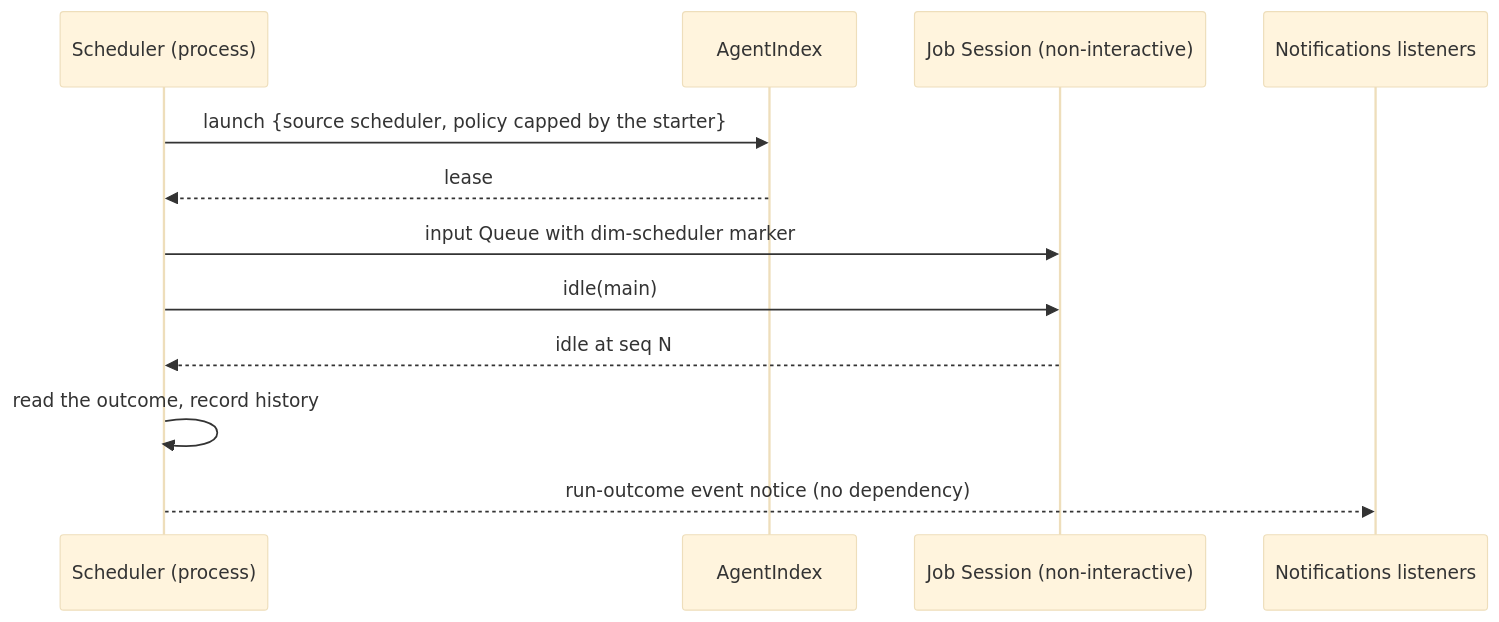
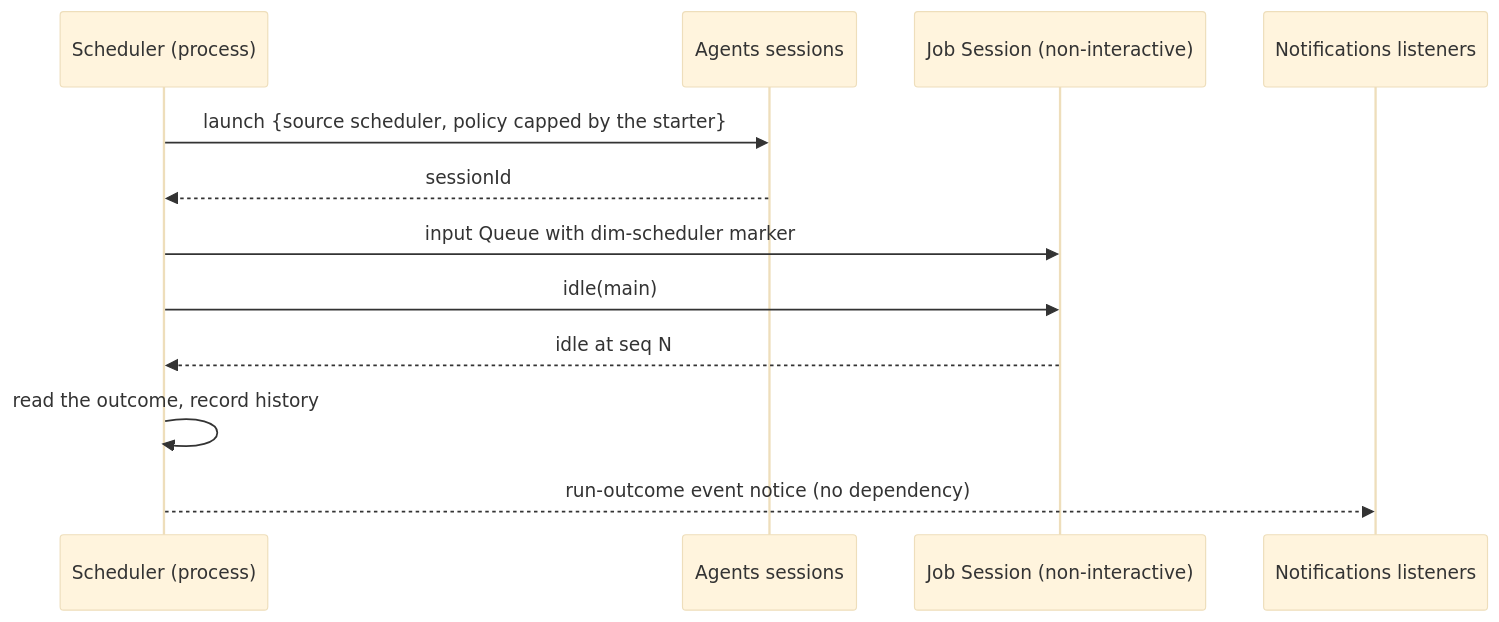
One commit to CoutinhoTTS/dim-agent changed the seventh of 8 diagrams in docs/design/overview.md. Above: the diagram before and after it, drawn with Mermaid (base theme). The commit also changed other lines of this file and 3 other files, not shown here.

````diff
--- a/docs/design/overview.md
+++ b/docs/design/overview.md
@@ -247,14 +266,14 @@
 ```mermaid
 sequenceDiagram
   participant SC as Scheduler (process)
-  participant AI as AgentIndex
+  participant AI as Agents sessions
   participant S as Job Session (non-interactive)
   participant NT as Notifications listeners
   SC->>AI: launch {source scheduler, policy capped by the starter}
-  AI-->>SC: lease
+  AI-->>SC: sessionId
   SC->>S: input Queue with dim-scheduler marker
   SC->>S: idle(main)
   S-->>SC: idle at seq N
   SC->>SC: read the outcome, record history
   SC-->>NT: run-outcome event notice (no dependency)
 ```
````
